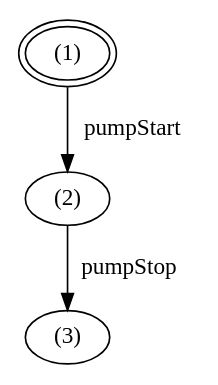
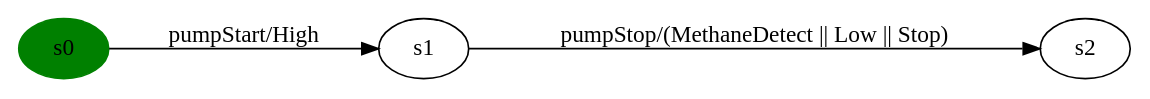
Before and after one commit to sfortz/BehavioralFeatureModel: the diagram in src/main/resources/fts/minepump/pump.dot, drawn with Graphviz. The commit also changed 57 other files, not shown here.

```diff
--- a/src/main/resources/fts/minepump/pump.dot
+++ b/src/main/resources/fts/minepump/pump.dot
@@ -1,12 +1,8 @@
 digraph G {
-center = TRUE;
-mclimit = 10.0;
-nodesep = 0.05;
-node [ width=0.25, height=0.25, label="" ];
-s0 [ peripheries=2 ];
-s0 [label="(1)"];
-s1 [label="(2)"];
-s2 [label="(3)"];
-s0->s1[label="pumpStart"];
-s1->s2[label="pumpStop"];
+rankdir=LR;
+state0[ label = "s0", style=filled, color=green ];
+state0 -> state1 [ label=" pumpStart/High " ];
+state1 [ label = "s1" ];
+state1 -> state2 [ label=" pumpStop/(MethaneDetect || Low || Stop) " ];
+state2 [ label = "s2" ];
 }
```
